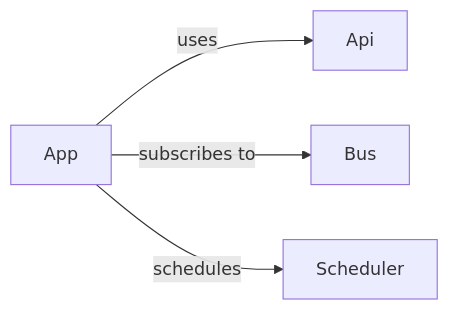
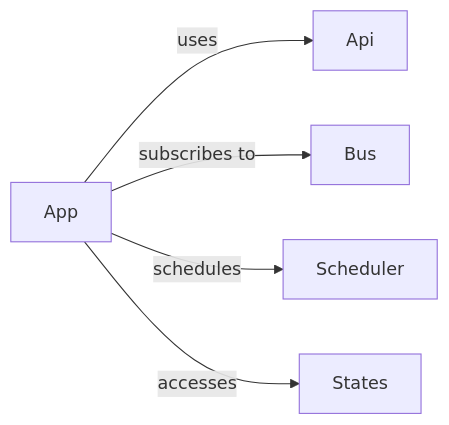
Before and after one commit to NodeJSmith/hassette: the diagram in docs/pages/core-concepts/apps/index.md, drawn with Mermaid. The commit also changed other lines of this file and 72 other files, not shown here.

````diff
--- a/docs/pages/core-concepts/apps/index.md
+++ b/docs/pages/core-concepts/apps/index.md
@@ -9,6 +9,7 @@
 ```mermaid
 graph LR
     A[App] -->|uses| Api
     A -->|subscribes to| Bus
     A -->|schedules| Scheduler
+    A -->|accesses| States
 ```
````
